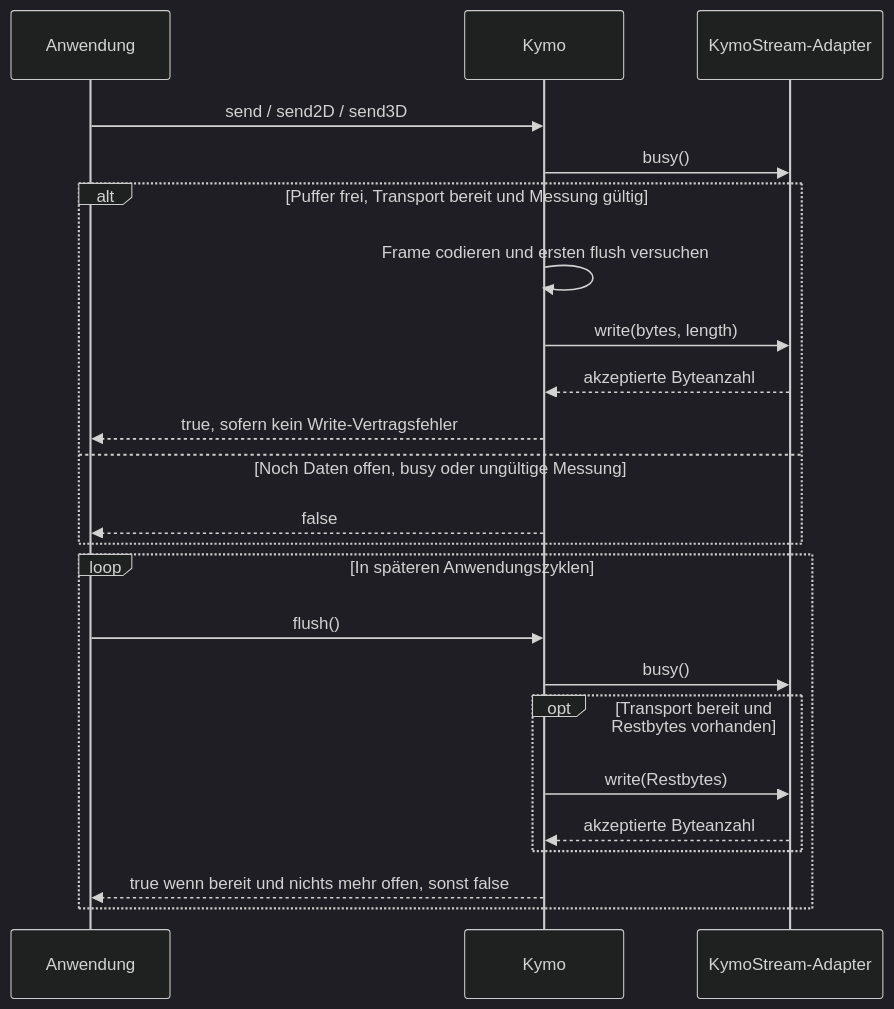
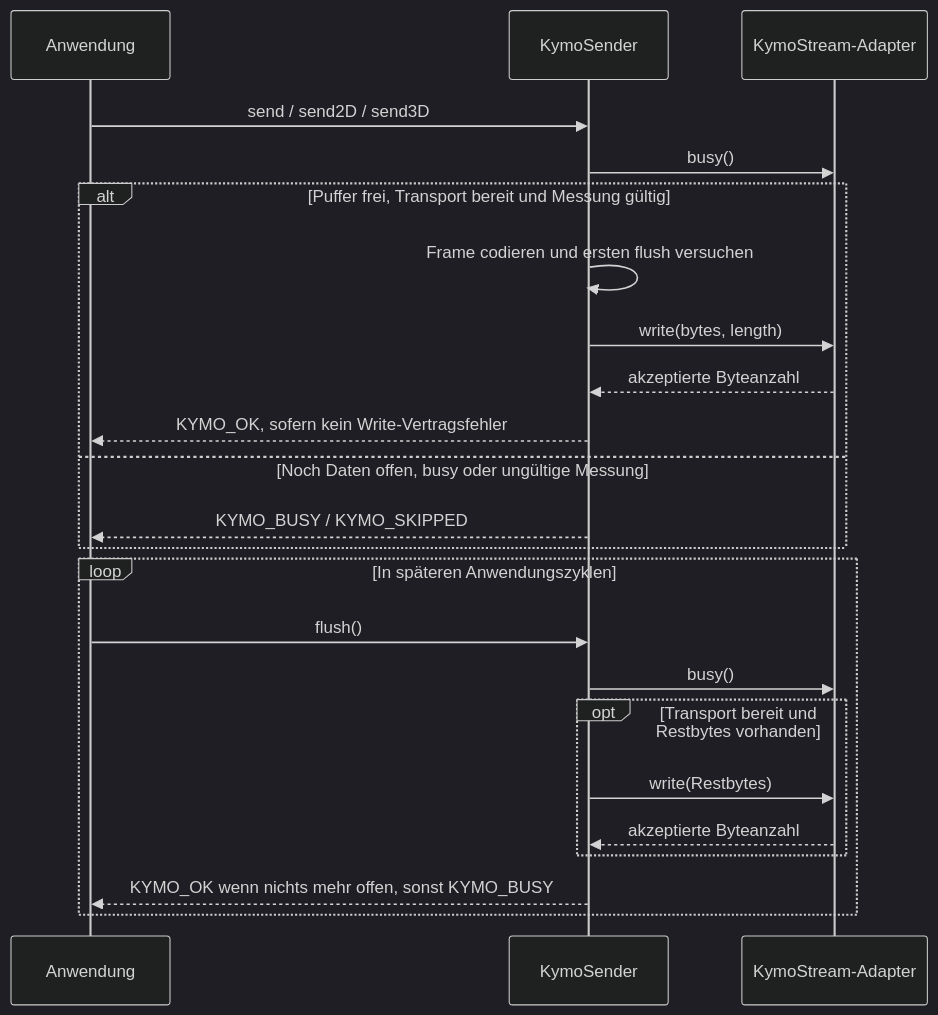
Before and after one commit to CodeName-666/kymoprobe: the fifth of 5 diagrams in docs/MANUAL.de.md, drawn with Mermaid (dark theme). The commit also changed other lines of this file and 156 other files, not shown here.

````diff
--- a/docs/MANUAL.de.md
+++ b/docs/MANUAL.de.md
@@ -315,25 +316,25 @@
 ```mermaid
 sequenceDiagram
     participant A as Anwendung
-    participant P as Kymo
+    participant P as KymoSender
     participant S as KymoStream-Adapter
     A->>P: send / send2D / send3D
     P->>S: busy()
     alt Puffer frei, Transport bereit und Messung gültig
         P->>P: Frame codieren und ersten flush versuchen
         P->>S: write(bytes, length)
         S-->>P: akzeptierte Byteanzahl
-        P-->>A: true, sofern kein Write-Vertragsfehler
+        P-->>A: KYMO_OK, sofern kein Write-Vertragsfehler
     else Noch Daten offen, busy oder ungültige Messung
-        P-->>A: false
+        P-->>A: KYMO_BUSY / KYMO_SKIPPED
     end
     loop In späteren Anwendungszyklen
         A->>P: flush()
         P->>S: busy()
         opt Transport bereit und Restbytes vorhanden
             P->>S: write(Restbytes)
             S-->>P: akzeptierte Byteanzahl
         end
-        P-->>A: true wenn bereit und nichts mehr offen, sonst false
+        P-->>A: KYMO_OK wenn nichts mehr offen, sonst KYMO_BUSY
     end
 ```
````
